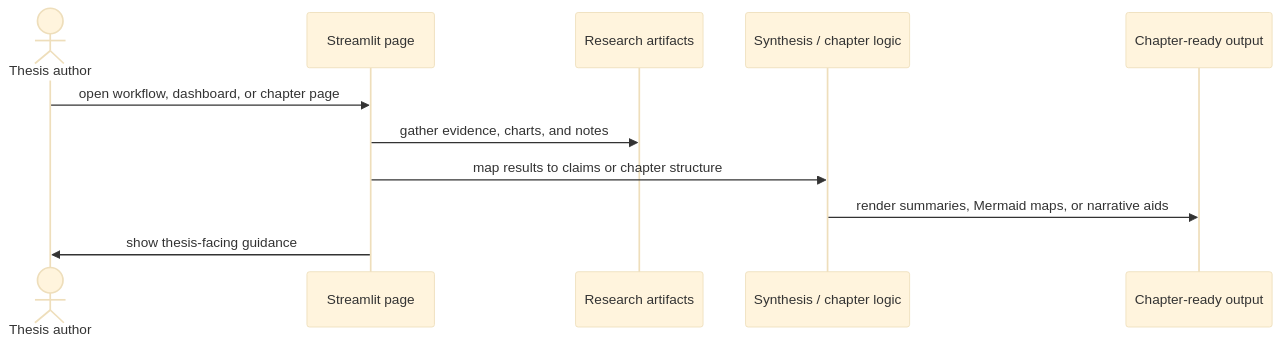
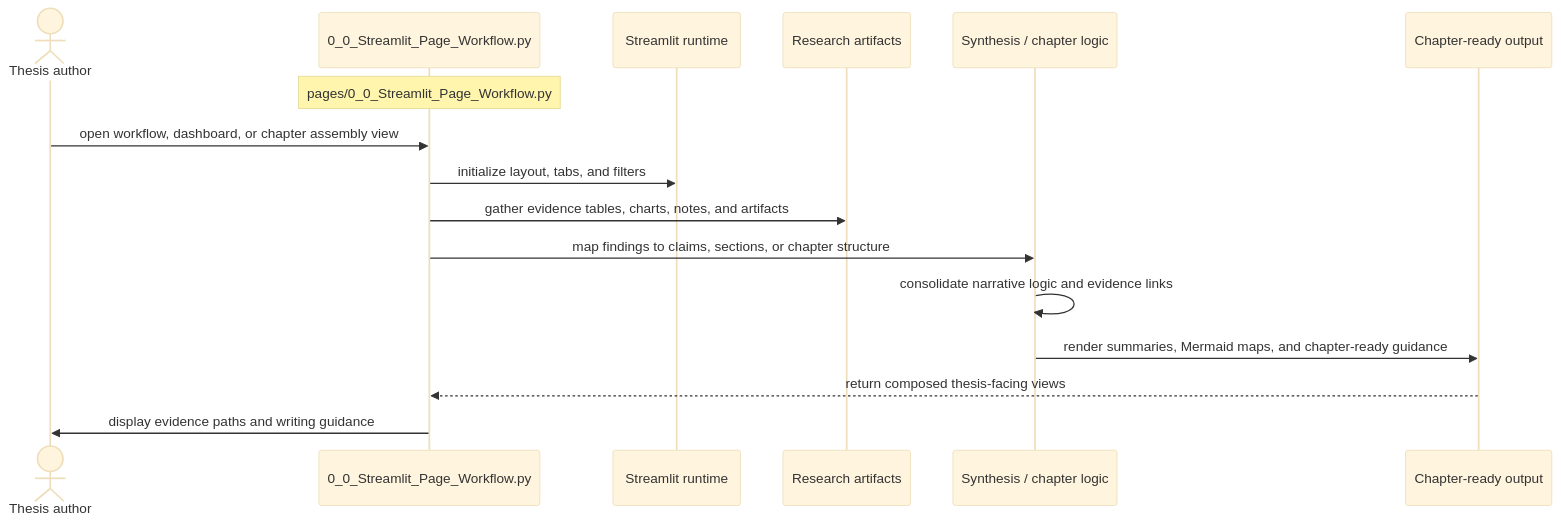
The diagram in new_page/documentation/streamlit_pages/mermaid_sequence_diagram/0_0_Streamlit_Page_Workflow.md (darisdzakwanhoesien2/benchmarks), drawn with Mermaid (base theme) before and after one commit. The commit also changed other lines of this file and 49 other files, not shown here.

Commit message:
Adding Documentation with Mermaid Sequence Diagram

````diff
--- a/new_page/documentation/streamlit_pages/mermaid_sequence_diagram/0_0_Streamlit_Page_Workflow.md
+++ b/new_page/documentation/streamlit_pages/mermaid_sequence_diagram/0_0_Streamlit_Page_Workflow.md
@@ -7,13 +15,18 @@
 ```mermaid
 sequenceDiagram
     actor User as Thesis author
-    participant page as Streamlit page
+    participant page as 0_0_Streamlit_Page_Workflow.py
+    participant runtime as Streamlit runtime
     participant data as Research artifacts
     participant compute as Synthesis / chapter logic
     participant output as Chapter-ready output
-    User->>page: open workflow, dashboard, or chapter page
-    page->>data: gather evidence, charts, and notes
-    page->>compute: map results to claims or chapter structure
-    compute->>output: render summaries, Mermaid maps, or narrative aids
-    page->>User: show thesis-facing guidance
+    Note over page: pages/0_0_Streamlit_Page_Workflow.py
+    User->>page: open workflow, dashboard, or chapter assembly view
+    page->>runtime: initialize layout, tabs, and filters
+    page->>data: gather evidence tables, charts, notes, and artifacts
+    page->>compute: map findings to claims, sections, or chapter structure
+    compute->>compute: consolidate narrative logic and evidence links
+    compute->>output: render summaries, Mermaid maps, and chapter-ready guidance
+    output-->>page: return composed thesis-facing views
+    page->>User: display evidence paths and writing guidance
 ```
````
